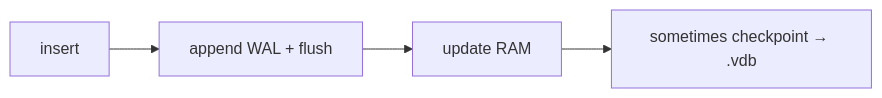
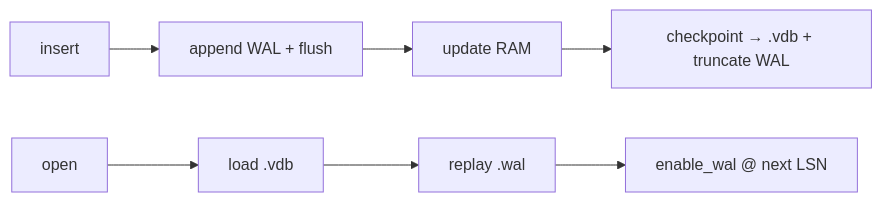
One commit to Kumario1/vectorDB changed the fifth of 5 diagrams in README.md. Above: the diagram before and after it, drawn with Mermaid. The commit also changed other lines of this file and 5 other files, not shown here.

First line of the commit message:
feat: wire WAL into VectorDB with open, replay, and checkpoint

````diff
--- a/README.md
+++ b/README.md
@@ -373,6 +373,9 @@
 ```mermaid
 flowchart LR
   op["insert"] --> wal["append WAL + flush"]
   wal --> mem["update RAM"]
-  mem --> cp["sometimes checkpoint → .vdb"]
+  mem --> cp["checkpoint → .vdb + truncate WAL"]
+  open["open"] --> snap["load .vdb"]
+  snap --> replay["replay .wal"]
+  replay --> writer["enable_wal @ next LSN"]
 ```
````
